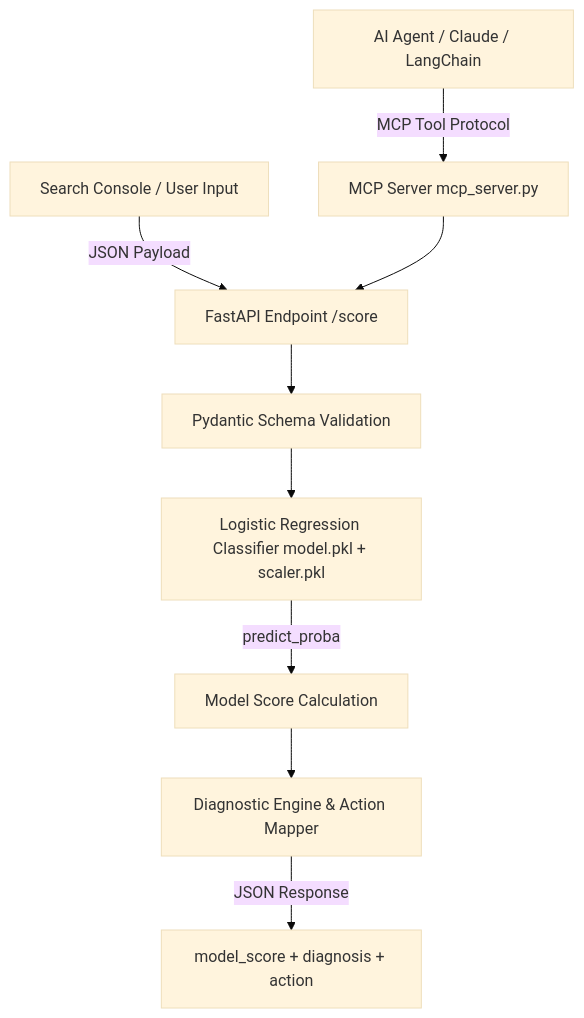
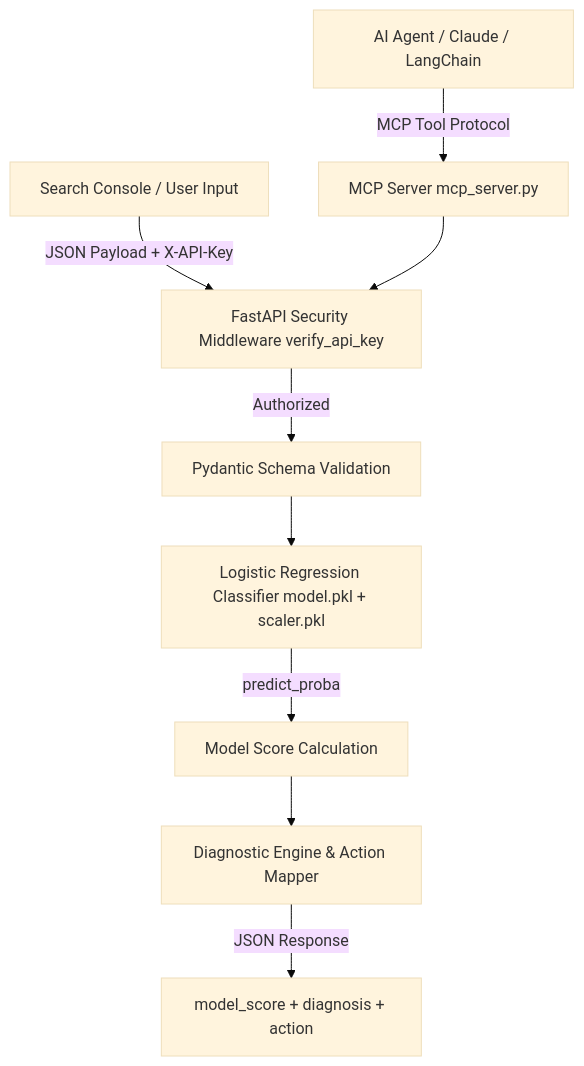
One commit to simon-okosodo-ds/flyrank-triage-api changed the diagram in RECRUITER_GUIDE.md. Above: the diagram before and after it, drawn with Mermaid (base theme). The commit also changed other lines of this file and 4 other files, not shown here.

Commit message:
feat: Add X-API-Key enterprise security middleware, OpenAPI Authorize scheme, interactive dashboard auth, and docs

````diff
--- a/RECRUITER_GUIDE.md
+++ b/RECRUITER_GUIDE.md
@@ -24,11 +24,11 @@
 ```mermaid
 graph TD
-    A[Search Console / User Input] -->|JSON Payload| B[FastAPI Endpoint /score]
+    A[Search Console / User Input] -->|JSON Payload + X-API-Key| B[FastAPI Security Middleware verify_api_key]
     C[AI Agent / Claude / LangChain] -->|MCP Tool Protocol| D[MCP Server mcp_server.py]
     D --> B
-    B --> E[Pydantic Schema Validation]
+    B -->|Authorized| E[Pydantic Schema Validation]
     E --> F[Logistic Regression Classifier model.pkl + scaler.pkl]
     F -->|predict_proba| G[Model Score Calculation]
     G --> H[Diagnostic Engine & Action Mapper]
     H -->|JSON Response| I[model_score + diagnosis + action]
 ```
````
